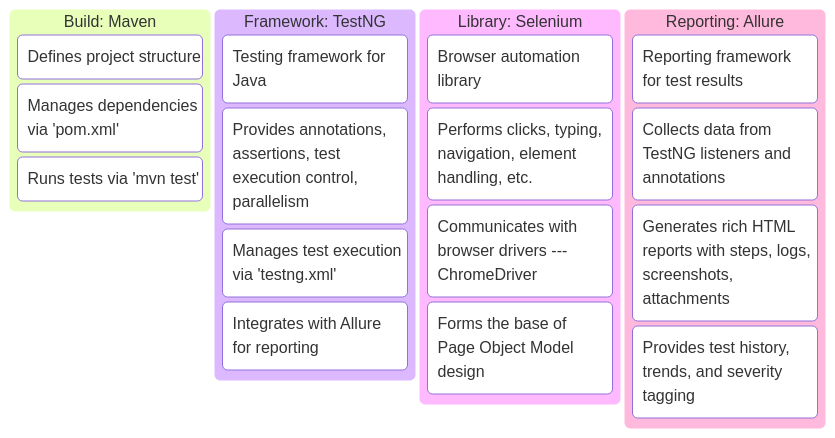
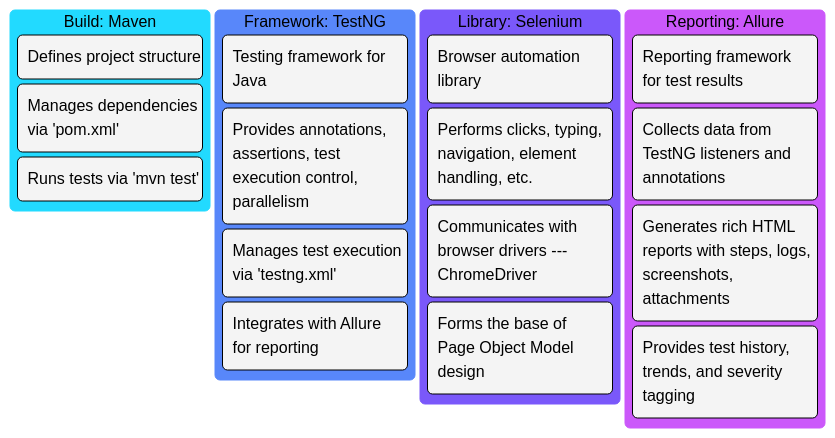
One commit to MahmoudFawzyAOE2/mft1998-portfolio-TestAutomation changed the first of 2 diagrams in ExtraDoc.md. Above: the diagram before and after it, drawn with Mermaid. The commit also changed other lines of this file, not shown here.

````diff
--- a/ExtraDoc.md
+++ b/ExtraDoc.md
@@ -3,26 +3,38 @@
 ```mermaid
+---
+config:
+  theme: 'base'
+  themeVariables:
+    primaryColor: '#a2e9fc'
+    primaryTextColor: '#000000'
+    primaryBorderColor: '#000000'
+    lineColor: '#f2ff00'
+    secondaryColor: '#ffffff'
+    tertiaryColor: '#6ee7ff'
+---
+
 kanban
   column2[Build: Maven]
     id3[Defines project structure]
     id3[Manages dependencies via 'pom.xml']
     id3[Runs tests via 'mvn test']
 
   column3[Framework: TestNG]
     id3[Testing framework for Java]
     id3[Provides annotations, assertions, test execution control, parallelism]
     id3[Manages test execution via 'testng.xml']
     id3[Integrates with Allure for reporting]
 
   column4[Library: Selenium]
     id3[Browser automation library]
     id3[Performs clicks, typing, navigation, element handling, etc.]
     id3[Communicates with browser drivers --- ChromeDriver]
     id3[Forms the base of Page Object Model design]
 
   column5[Reporting: Allure]
     id3[Reporting framework for test results]
     id3[Collects data from TestNG listeners and annotations]
     id3[Generates rich HTML reports with steps, logs, screenshots, attachments]
     id3[Provides test history, trends, and severity tagging]
 
 ```
````
